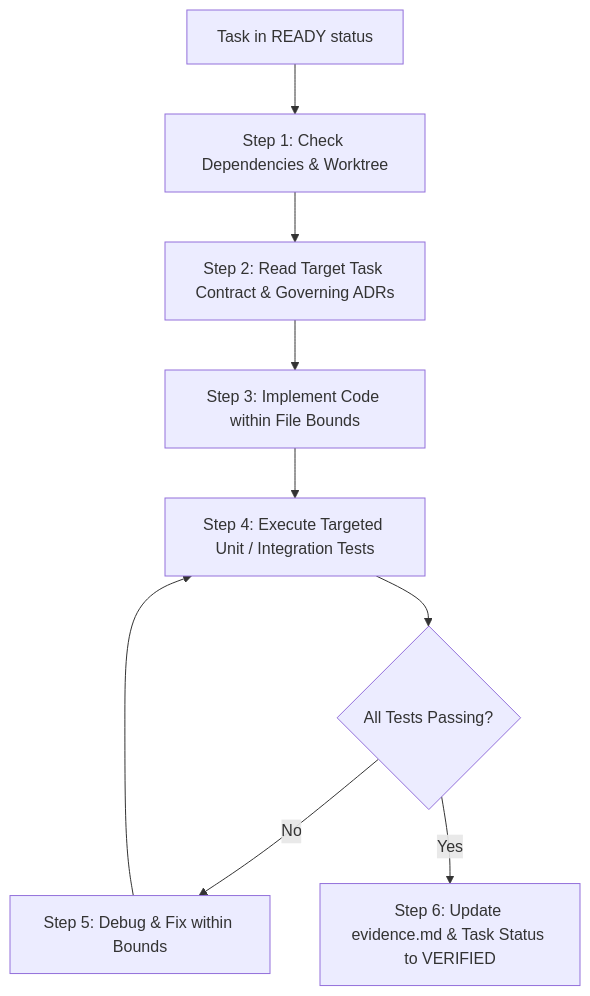
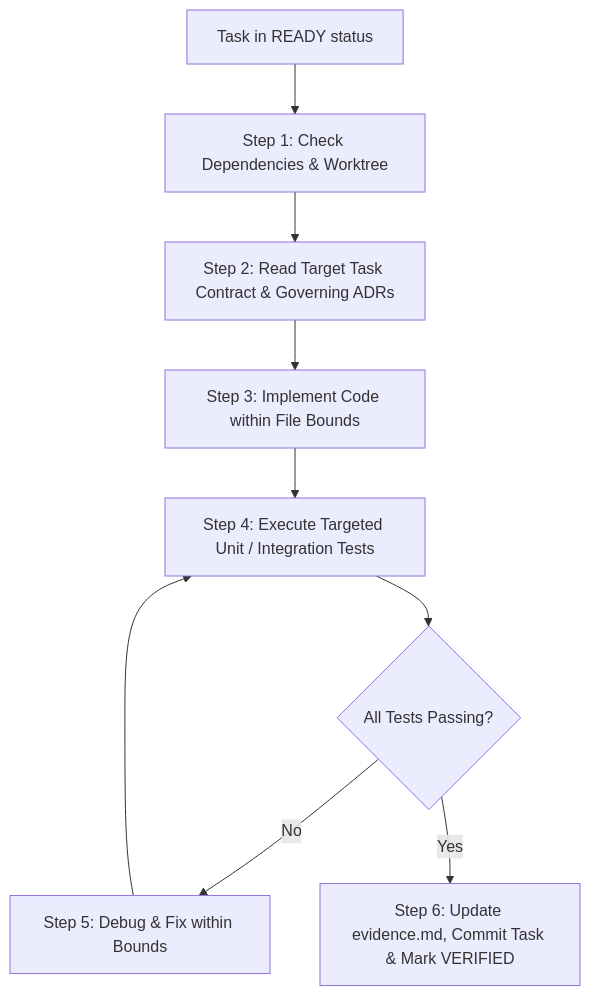
The diagram in .agents/skills/coding/SKILL.md (abrahamck/fleet_solution), drawn with Mermaid before and after one commit. The commit also changed other lines of this file and 2 other files, not shown here.

````diff
--- a/.agents/skills/coding/SKILL.md
+++ b/.agents/skills/coding/SKILL.md
@@ -29,11 +44,11 @@
 ```mermaid
 flowchart TD
     A[Task in READY status] --> B[Step 1: Check Dependencies & Worktree]
     B --> C[Step 2: Read Target Task Contract & Governing ADRs]
     C --> D[Step 3: Implement Code within File Bounds]
     D --> E[Step 4: Execute Targeted Unit / Integration Tests]
     E --> F{All Tests Passing?}
     F -->|No| G[Step 5: Debug & Fix within Bounds]
     G --> E
-    F -->|Yes| H[Step 6: Update evidence.md & Task Status to VERIFIED]
+    F -->|Yes| H[Step 6: Update evidence.md, Commit Task & Mark VERIFIED]
 ```
````
